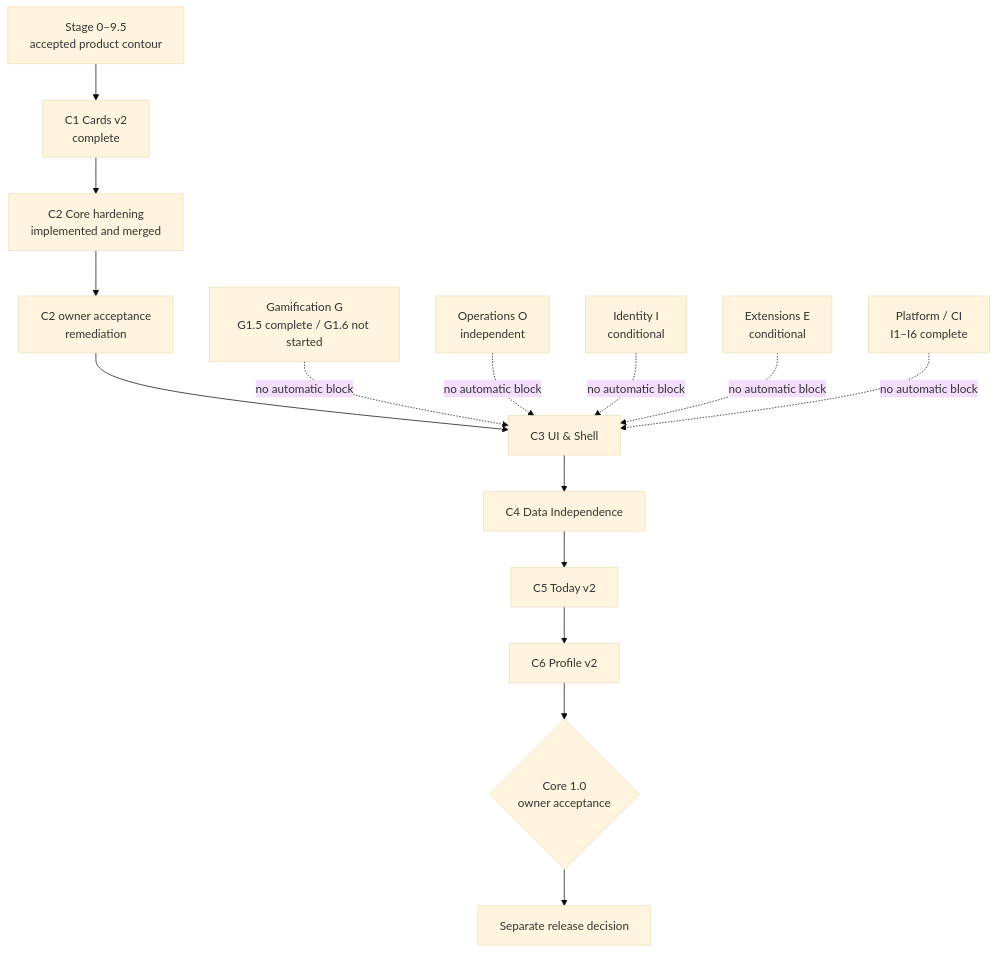
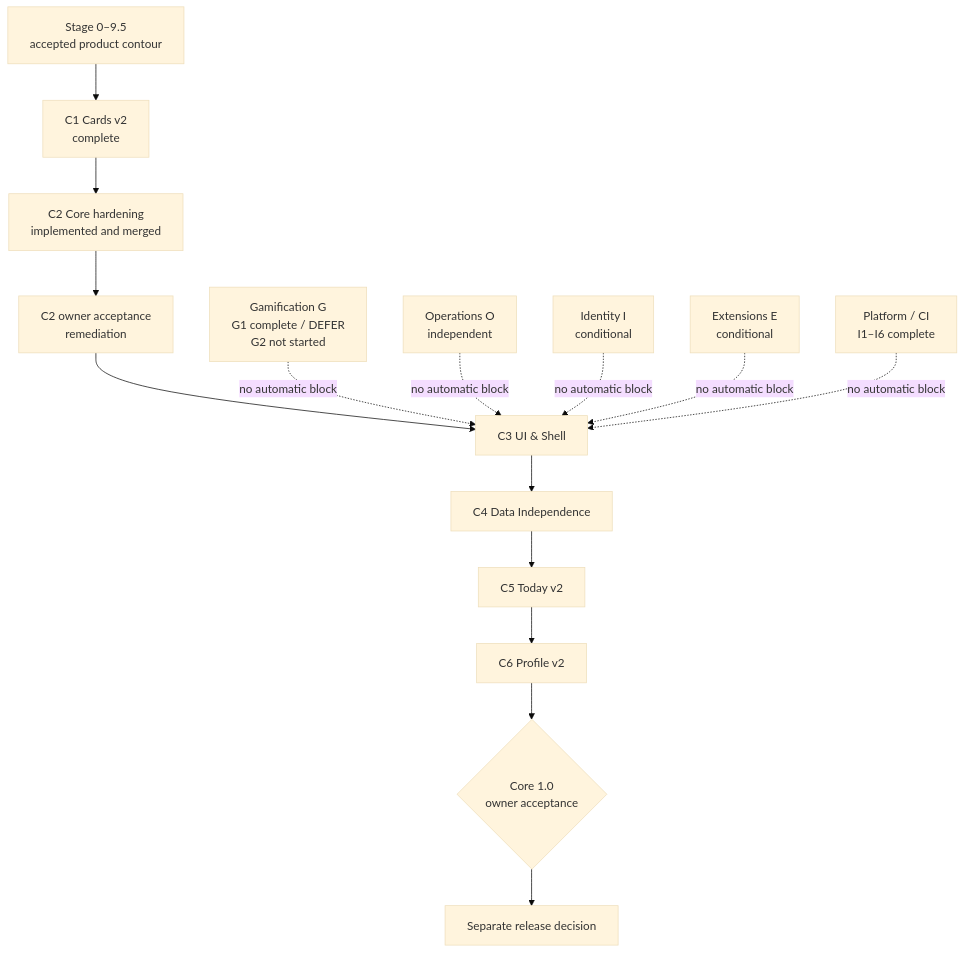
One commit to AliceLiddell01/anki-study-report changed the diagram in roadmap/README.md. Above: the diagram before and after it, drawn with Mermaid (base theme). The commit also changed other lines of this file, not shown here.

Commit message:
Synchronize the roadmap after G1 closure

````diff
--- a/roadmap/README.md
+++ b/roadmap/README.md
@@ -9,24 +9,24 @@
 ```mermaid
 flowchart TB
     S[Stage 0–9.5<br/>accepted product contour] --> C1[C1 Cards v2<br/>complete]
     C1 --> C2[C2 Core hardening<br/>implemented and merged]
     C2 --> A[C2 owner acceptance<br/>remediation]
     A --> C3[C3 UI & Shell]
     C3 --> C4[C4 Data Independence]
     C4 --> C5[C5 Today v2]
     C5 --> C6[C6 Profile v2]
     C6 --> R{Core 1.0<br/>owner acceptance}
     R --> REL[Separate release decision]
 
-    G[Gamification G<br/>G1.5 complete / G1.6 not started]
+    G[Gamification G<br/>G1 complete / DEFER<br/>G2 not started]
     O[Operations O<br/>independent]
     I[Identity I<br/>conditional]
     E[Extensions E<br/>conditional]
     P[Platform / CI<br/>I1–I6 complete]
 
     G -. no automatic block .-> C3
     O -. no automatic block .-> C3
     I -. no automatic block .-> C3
     E -. no automatic block .-> C3
     P -. no automatic block .-> C3
 ```
````
